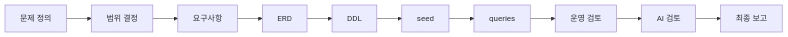
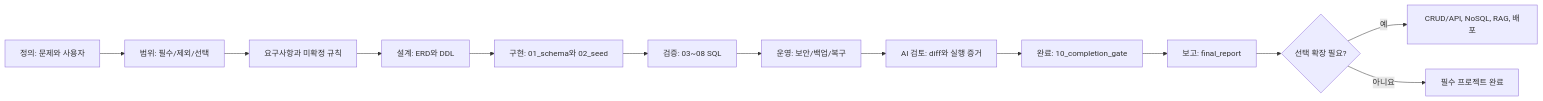
Before and after one commit to GilbertMoon/ai-database-book: the diagram in images/chapter15/ch15_01_service_project_flow.mmd, drawn with Mermaid. The commit also changed 16 other files, not shown here.

Commit message:
Improve Chapter 15 project flow diagrams

```diff
--- a/images/chapter15/ch15_01_service_project_flow.mmd
+++ b/images/chapter15/ch15_01_service_project_flow.mmd
@@ -1,10 +1,13 @@
 flowchart LR
-A[문제 정의] --> B[범위 결정]
-B --> C[요구사항]
-C --> D[ERD]
-D --> E[DDL]
-E --> F[seed]
-F --> G[queries]
-G --> H[운영 검토]
-H --> I[AI 검토]
-I --> J[최종 보고]
+A[정의: 문제와 사용자] --> B[범위: 필수/제외/선택]
+B --> C[요구사항과 미확정 규칙]
+C --> D[설계: ERD와 DDL]
+D --> E[구현: 01_schema와 02_seed]
+E --> F[검증: 03~08 SQL]
+F --> G[운영: 보안/백업/복구]
+G --> H[AI 검토: diff와 실행 증거]
+H --> I[완료: 10_completion_gate]
+I --> J[보고: final_report]
+J --> K{선택 확장 필요?}
+K -->|예| L[CRUD/API, NoSQL, RAG, 배포]
+K -->|아니요| M[필수 프로젝트 완료]
```
